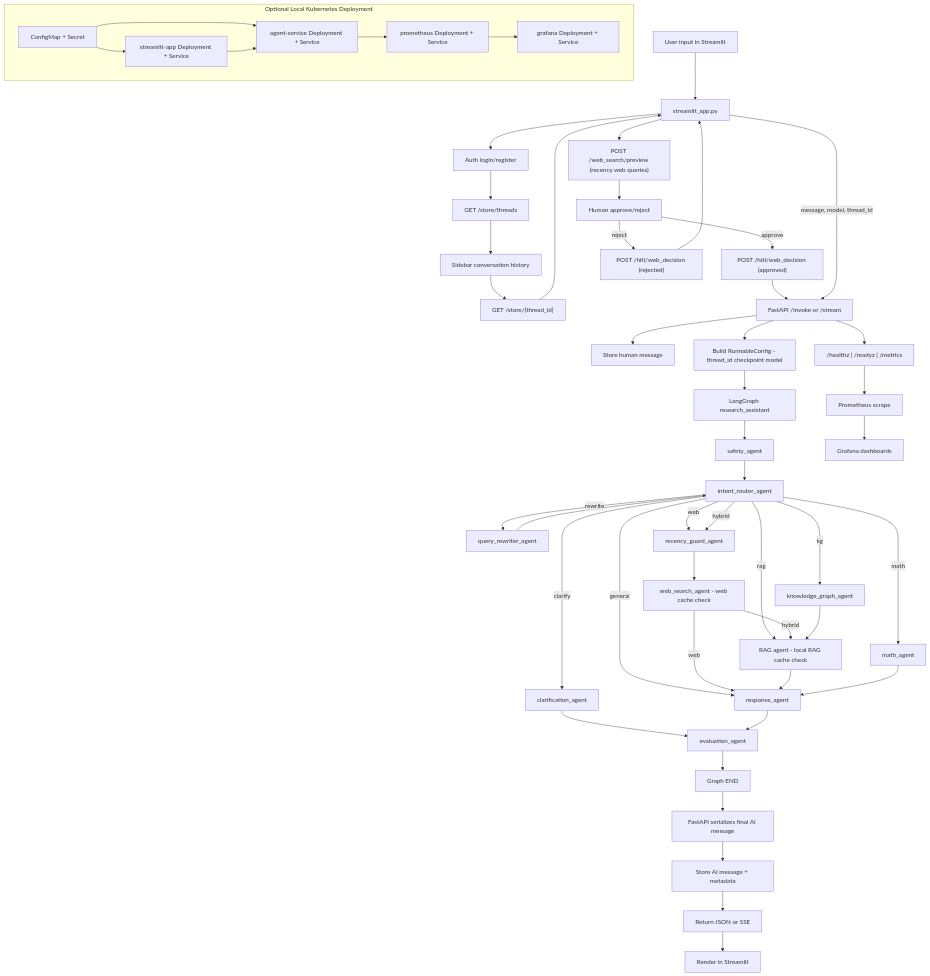
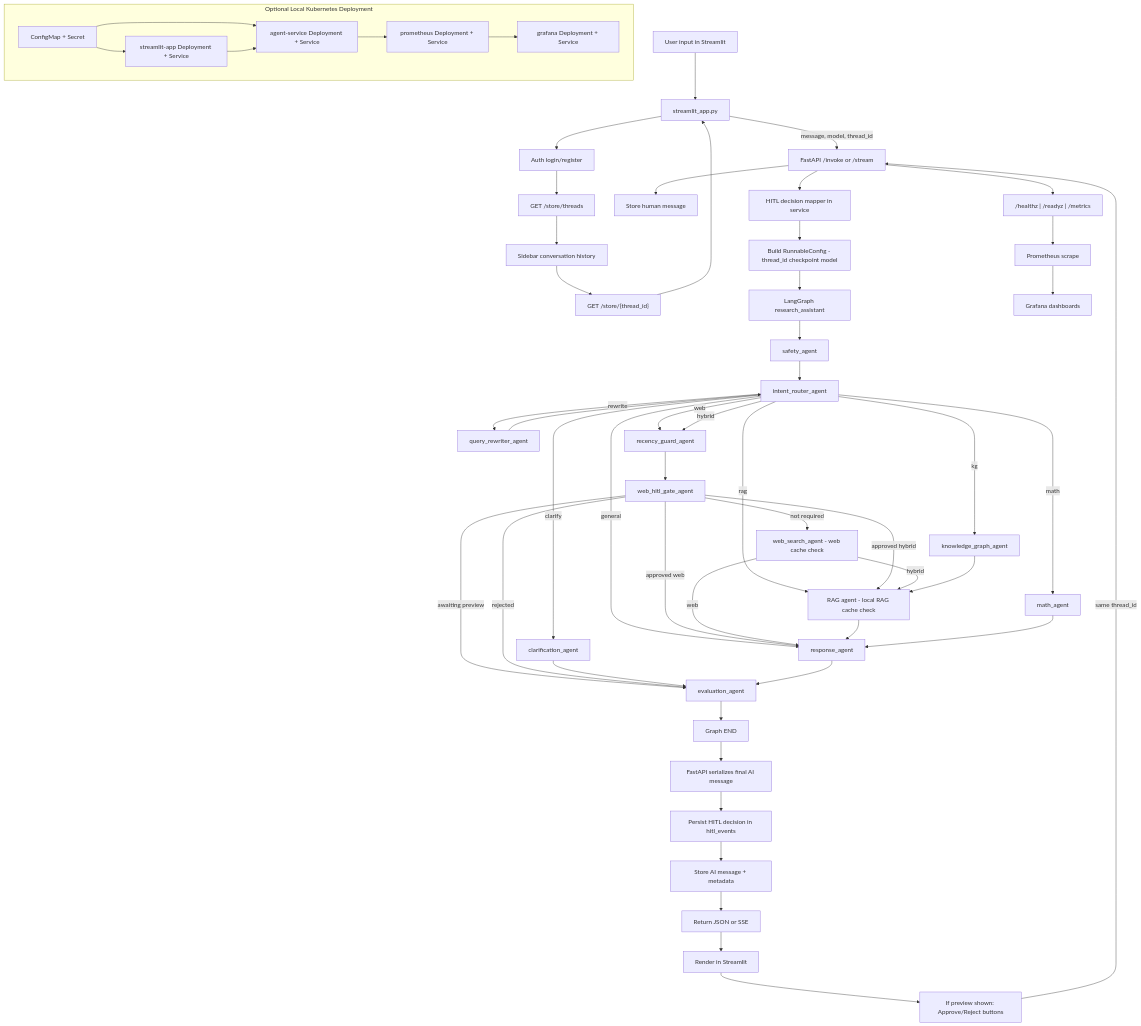
One commit to Theepankumargandhi/Multi-Agent-Orchestration changed the diagram in docs/architecture/agent_runtime_flow.mmd. Above: the diagram before and after it, drawn with Mermaid. The commit also changed 5 other files, not shown here.

Commit message:
Fix graph HITL decision flow and update architecture docs

```diff
--- a/docs/architecture/agent_runtime_flow.mmd
+++ b/docs/architecture/agent_runtime_flow.mmd
@@ -1,70 +1,73 @@
 %% File Purpose:
 %% - Raw Mermaid source for the runtime architecture flow.
 %% - Use this when exporting diagrams or embedding in docs/tools.
 
 flowchart TD
     U[User input in Streamlit] --> ST[streamlit_app.py]
     ST --> AUTH[Auth login/register]
     AUTH --> THR[GET /store/threads]
     THR --> TSEL[Sidebar conversation history]
     TSEL --> HIST["GET /store/{thread_id}"]
     HIST --> ST
-    ST --> PREV["POST /web_search/preview (recency web queries)"]
-    PREV --> HR[Human approve/reject]
-    HR -->|approve| AUDA["POST /hitl/web_decision (approved)"]
-    HR -->|reject| AUDR["POST /hitl/web_decision (rejected)"]
-    AUDA --> API
-    AUDR --> ST
     ST -->|message, model, thread_id| API[FastAPI /invoke or /stream]
 
     API --> STOREH[Store human message]
-    API --> CFG[Build RunnableConfig - thread_id checkpoint model]
+    API --> HMAP[HITL decision mapper in service]
+    HMAP --> CFG[Build RunnableConfig - thread_id checkpoint model]
     CFG --> LG[LangGraph research_assistant]
 
     LG --> SA[safety_agent]
     SA --> IR[intent_router_agent]
 
     IR -->|clarify| CA[clarification_agent]
     IR -->|rewrite| QR[query_rewriter_agent]
     QR --> IR
 
     IR -->|math| MA[math_agent]
     IR -->|web| RG[recency_guard_agent]
     IR -->|kg| KG[knowledge_graph_agent]
     IR -->|rag| RA[rag_agent]
     IR -->|hybrid| RG
     IR -->|general| RESP[response_agent]
 
-    RG --> WS[web_search_agent - web cache check]
+    RG --> WH[web_hitl_gate_agent]
+    WH -->|awaiting preview| EVA
+    WH -->|rejected| EVA
+    WH -->|approved web| RESP
+    WH -->|approved hybrid| RA
+    WH -->|not required| WS[web_search_agent - web cache check]
     WS -->|web| RESP
     WS -->|hybrid| RA
     KG --> RA
     RA[RAG agent - local RAG cache check] --> RESP
     MA --> RESP
 
     CA --> EVA[evaluation_agent]
     RESP --> EVA
     EVA --> END[Graph END]
 
     END --> APIOUT[FastAPI serializes final AI message]
-    APIOUT --> STOREA[Store AI message + metadata]
+    APIOUT --> HITAUDIT[Persist HITL decision in hitl_events]
+    HITAUDIT --> STOREA[Store AI message + metadata]
     STOREA --> RET[Return JSON or SSE]
     RET --> UI[Render in Streamlit]
+    UI --> HITLBTN[If preview shown: Approve/Reject buttons]
+    HITLBTN -->|same thread_id| API
 
     API --> OPS["/healthz | /readyz | /metrics"]
     OPS --> PROM[Prometheus scrape]
     PROM --> GRAF[Grafana dashboards]
 
     subgraph K8S[Optional Local Kubernetes Deployment]
       KCM[ConfigMap + Secret]
       KAGENT[agent-service Deployment + Service]
       KUI[streamlit-app Deployment + Service]
       KPROM[prometheus Deployment + Service]
       KGRAF[grafana Deployment + Service]
     end
 
     KCM --> KAGENT
     KCM --> KUI
     KAGENT --> KPROM
     KPROM --> KGRAF
     KUI --> KAGENT
```
